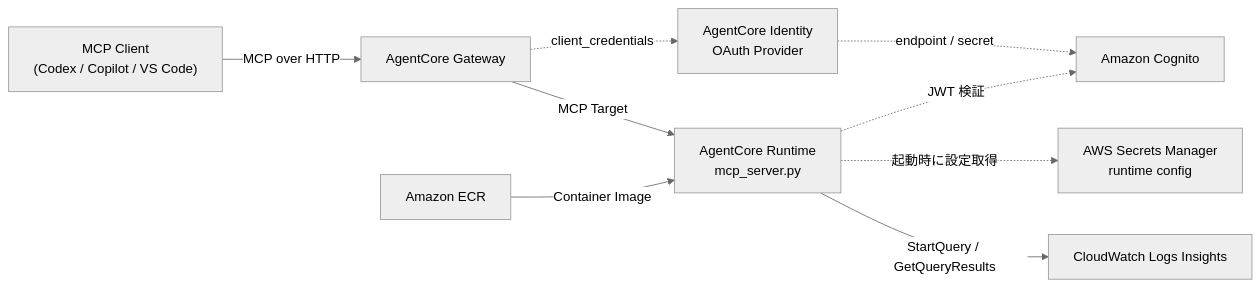
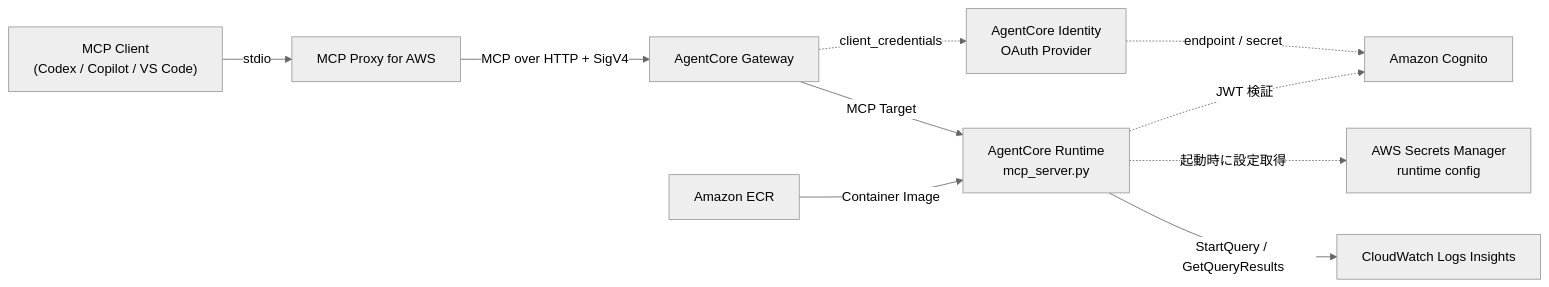
Before and after one commit to matthewTechCom/devops_agent: the first of 2 diagrams in docs/project-structure.md, drawn with Mermaid (neutral theme). The commit also changed other lines of this file and 13 other files, not shown here.

Commit message:
feat: AgentCore GatewayにAWS_IAM認証を追加し、MCP Proxy for AWSとの接続を更新

````diff
--- a/docs/project-structure.md
+++ b/docs/project-structure.md
@@ -7,20 +7,22 @@
 ```mermaid
 flowchart LR
   Client["MCP Client\n(Codex / Copilot / VS Code)"]
+  Proxy["MCP Proxy for AWS"]
   Gateway["AgentCore Gateway"]
   Runtime["AgentCore Runtime\nmcp_server.py"]
   CloudWatch["CloudWatch Logs Insights"]
   Cognito["Amazon Cognito"]
   OAuthProvider["AgentCore Identity\nOAuth Provider"]
   ECR["Amazon ECR"]
   Secrets["AWS Secrets Manager\nruntime config"]
 
-  Client -->|MCP over HTTP| Gateway
+  Client -->|stdio| Proxy
+  Proxy -->|MCP over HTTP + SigV4| Gateway
   Gateway -->|MCP Target| Runtime
   Runtime -->|StartQuery / GetQueryResults| CloudWatch
   Runtime -. 起動時に設定取得 .-> Secrets
   Runtime -. JWT 検証 .-> Cognito
   Gateway -. client_credentials .-> OAuthProvider
   OAuthProvider -. endpoint / secret .-> Cognito
   ECR -->|Container Image| Runtime
 ```
````
